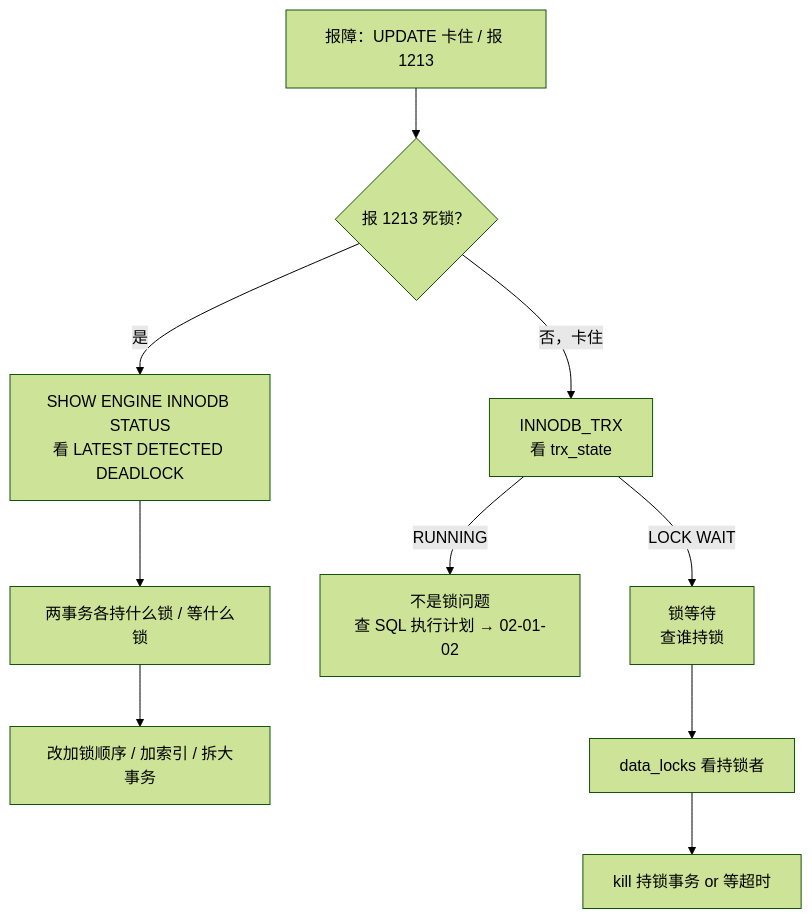
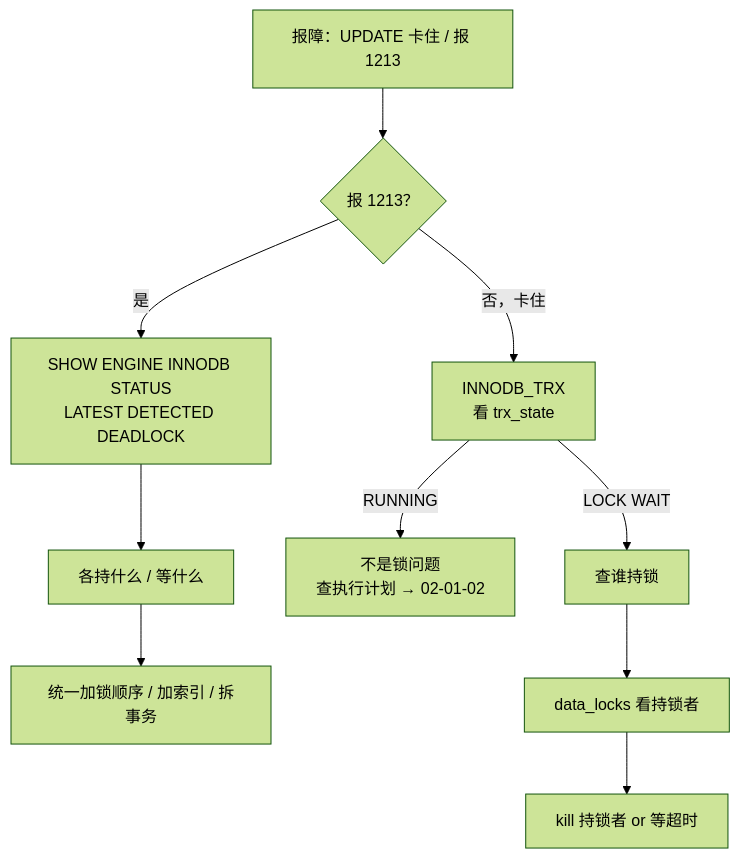
The fourth of 4 diagrams in 02-中间件与数据库/01-MySQL/03-事务与锁/知识点.md (ml-cuizijun/LearnToLilith), drawn with Mermaid (forest theme) before and after one commit. The commit also changed other lines of this file and 178 other files, not shown here.

````diff
--- a/02-中间件与数据库/01-MySQL/03-事务与锁/知识点.md
+++ b/02-中间件与数据库/01-MySQL/03-事务与锁/知识点.md
@@ -465,12 +444,12 @@
 ```mermaid
 flowchart TB
-    A["报障：UPDATE 卡住 / 报 1213"] --> B{"报 1213 死锁？"}
-    B -->|是| C["SHOW ENGINE INNODB STATUS<br/>看 LATEST DETECTED DEADLOCK"]
+    A["报障：UPDATE 卡住 / 报 1213"] --> B{"报 1213？"}
+    B -->|是| C["SHOW ENGINE INNODB STATUS<br/>LATEST DETECTED DEADLOCK"]
     B -->|否，卡住| D["INNODB_TRX<br/>看 trx_state"]
-    D -->|"LOCK WAIT"| E["锁等待<br/>查谁持锁"]
-    D -->|RUNNING| F["不是锁问题<br/>查 SQL 执行计划 → 02-01-02"]
-    C --> G["两事务各持什么锁 / 等什么锁"]
-    G --> H["改加锁顺序 / 加索引 / 拆大事务"]
+    D -->|"LOCK WAIT"| E["查谁持锁"]
+    D -->|RUNNING| F["不是锁问题<br/>查执行计划 → 02-01-02"]
+    C --> G["各持什么 / 等什么"]
+    G --> H["统一加锁顺序 / 加索引 / 拆事务"]
     E --> I["data_locks 看持锁者"]
-    I --> J["kill 持锁事务 or 等超时"]
+    I --> J["kill 持锁者 or 等超时"]
 ```
````
